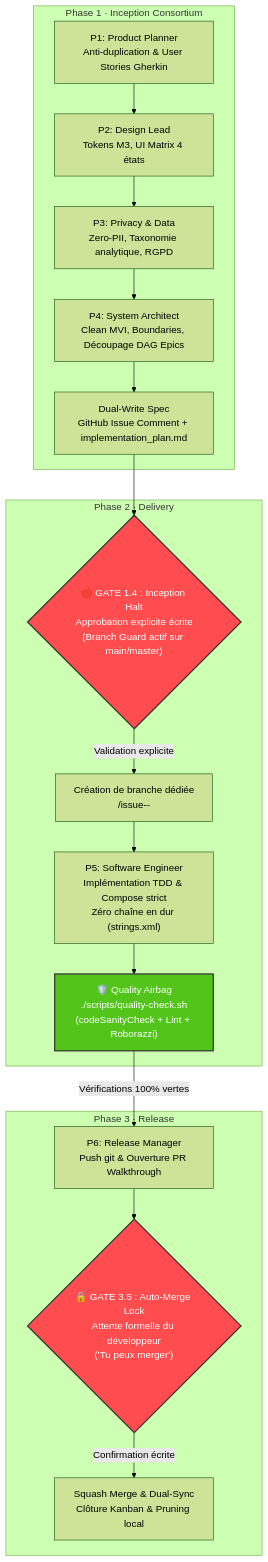
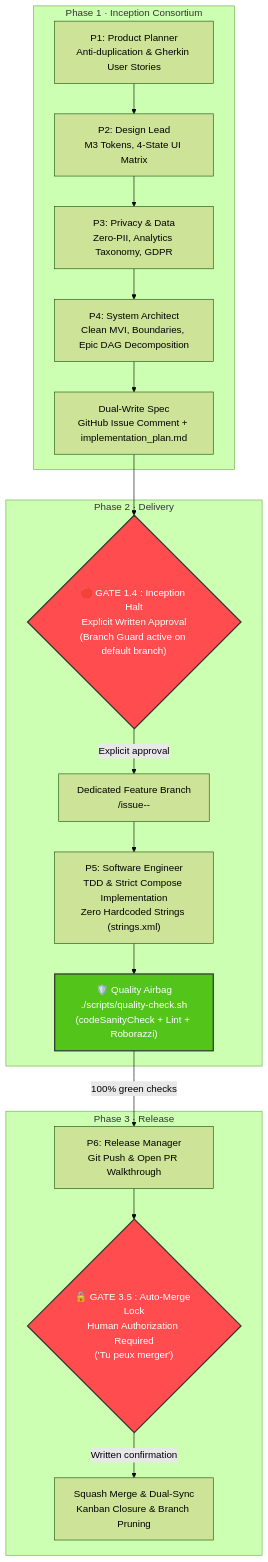
The diagram in README.md (nicolasvd/agentic-android-delivery-kernel), drawn with Mermaid (forest theme) before and after one commit. The commit also changed 8 other files, not shown here.

First line of the commit message:
chore(i18n): translate validation engine, issue templates, and operational scripts (#9)

````diff
--- a/README.md
+++ b/README.md
@@ -22,27 +22,27 @@
 ```mermaid
 flowchart TD
     subgraph Inception["Phase 1 · Inception Consortium"]
-        P1["P1: Product Planner\nAnti-duplication & User Stories Gherkin"] --> P2["P2: Design Lead\nTokens M3, UI Matrix 4 états"]
-        P2 --> P3["P3: Privacy & Data\nZero-PII, Taxonomie analytique, RGPD"]
-        P3 --> P4["P4: System Architect\nClean MVI, Boundaries, Découpage DAG Epics"]
+        P1["P1: Product Planner\nAnti-duplication & Gherkin User Stories"] --> P2["P2: Design Lead\nM3 Tokens, 4-State UI Matrix"]
+        P2 --> P3["P3: Privacy & Data\nZero-PII, Analytics Taxonomy, GDPR"]
+        P3 --> P4["P4: System Architect\nClean MVI, Boundaries, Epic DAG Decomposition"]
         P4 --> Spec["Dual-Write Spec\nGitHub Issue Comment + implementation_plan.md"]
     end
 
-    Spec --> Gate14{"🛑 GATE 1.4 : Inception Halt\nApprobation explicite écrite\n(Branch Guard actif sur main/master)"}
+    Spec --> Gate14{"🛑 GATE 1.4 : Inception Halt\nExplicit Written Approval\n(Branch Guard active on default branch)"}
 
     subgraph Delivery["Phase 2 · Delivery"]
-        Gate14 -->|Validation explicite| Branch["Création de branche dédiée\n<type>/issue-<id>-<slug>"]
-        Branch --> P5["P5: Software Engineer\nImplémentation TDD & Compose strict\nZéro chaîne en dur (strings.xml)"]
+        Gate14 -->|Explicit approval| Branch["Dedicated Feature Branch\n<type>/issue-<id>-<slug>"]
+        Branch --> P5["P5: Software Engineer\nTDD & Strict Compose Implementation\nZero Hardcoded Strings (strings.xml)"]
         P5 --> Airbag["🛡️ Quality Airbag\n./scripts/quality-check.sh\n(codeSanityCheck + Lint + Roborazzi)"]
     end
 
     subgraph Release["Phase 3 · Release"]
-        Airbag -->|Vérifications 100% vertes| P6["P6: Release Manager\nPush git & Ouverture PR Walkthrough"]
-        P6 --> Gate35{"🔒 GATE 3.5 : Auto-Merge Lock\nAttente formelle du développeur\n('Tu peux merger')"}
-        Gate35 -->|Confirmation écrite| Merge["Squash Merge & Dual-Sync\nClôture Kanban & Pruning local"]
+        Airbag -->|100% green checks| P6["P6: Release Manager\nGit Push & Open PR Walkthrough"]
+        P6 --> Gate35{"🔒 GATE 3.5 : Auto-Merge Lock\nHuman Authorization Required\n('Tu peux merger')"}
+        Gate35 -->|Written confirmation| Merge["Squash Merge & Dual-Sync\nKanban Closure & Branch Pruning"]
     end
 
     style Gate14 fill:#ff4d4f,stroke:#333,stroke-width:2px,color:#fff
     style Gate35 fill:#ff4d4f,stroke:#333,stroke-width:2px,color:#fff
     style Airbag fill:#52c41a,stroke:#333,stroke-width:2px,color:#fff
 ```
````
